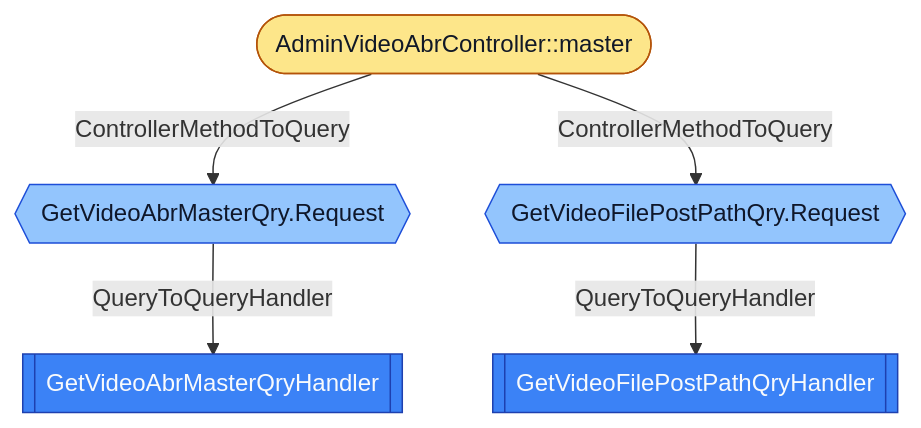
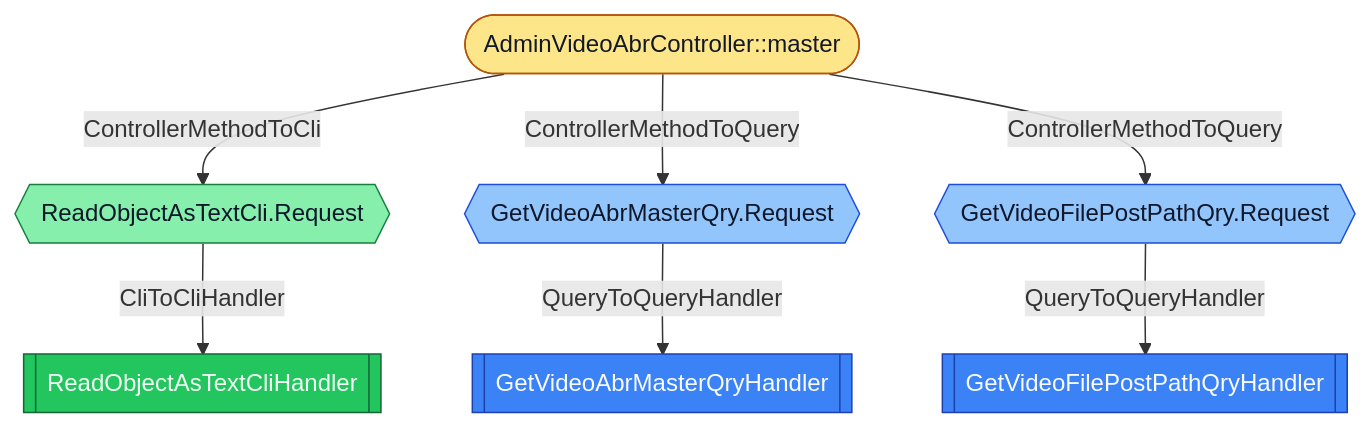
One commit to LDmoxeii/only-danmuku changed the diagram in flows/edu_only4_danmuku_adapter_portal_api_admin_AdminVideoAbrController_master.mmd. Above: the diagram before and after it, drawn with Mermaid. The commit also changed 113 other files, not shown here.

```diff
--- a/flows/edu_only4_danmuku_adapter_portal_api_admin_AdminVideoAbrController_master.mmd
+++ b/flows/edu_only4_danmuku_adapter_portal_api_admin_AdminVideoAbrController_master.mmd
@@ -1,18 +1,26 @@
 flowchart TD
-  N1[[GetVideoAbrMasterQryHandler]]
-  class N1 queryhandler
-  N2[[GetVideoFilePostPathQryHandler]]
+  N1[[ReadObjectAsTextCliHandler]]
+  class N1 clihandler
+  N2[[GetVideoAbrMasterQryHandler]]
   class N2 queryhandler
-  N3([AdminVideoAbrController::master])
-  class N3 controllermethod
-  N4{{GetVideoAbrMasterQry.Request}}
-  class N4 query
-  N5{{GetVideoFilePostPathQry.Request}}
-  class N5 query
-  N3 -->|ControllerMethodToQuery| N4
-  N3 -->|ControllerMethodToQuery| N5
-  N4 -->|QueryToQueryHandler| N1
-  N5 -->|QueryToQueryHandler| N2
+  N3[[GetVideoFilePostPathQryHandler]]
+  class N3 queryhandler
+  N4([AdminVideoAbrController::master])
+  class N4 controllermethod
+  N5{{ReadObjectAsTextCli.Request}}
+  class N5 cli
+  N6{{GetVideoAbrMasterQry.Request}}
+  class N6 query
+  N7{{GetVideoFilePostPathQry.Request}}
+  class N7 query
+  N4 -->|ControllerMethodToCli| N5
+  N4 -->|ControllerMethodToQuery| N6
+  N4 -->|ControllerMethodToQuery| N7
+  N5 -->|CliToCliHandler| N1
+  N6 -->|QueryToQueryHandler| N2
+  N7 -->|QueryToQueryHandler| N3
+  classDef cli fill:#86EFAC,stroke:#15803D,color:#0F172A
+  classDef clihandler fill:#22C55E,stroke:#166534,color:#F0FDF4
   classDef controllermethod fill:#FDE68A,stroke:#B45309,color:#111827
   classDef query fill:#93C5FD,stroke:#1D4ED8,color:#0F172A
   classDef queryhandler fill:#3B82F6,stroke:#1E40AF,color:#F8FAFC
```
